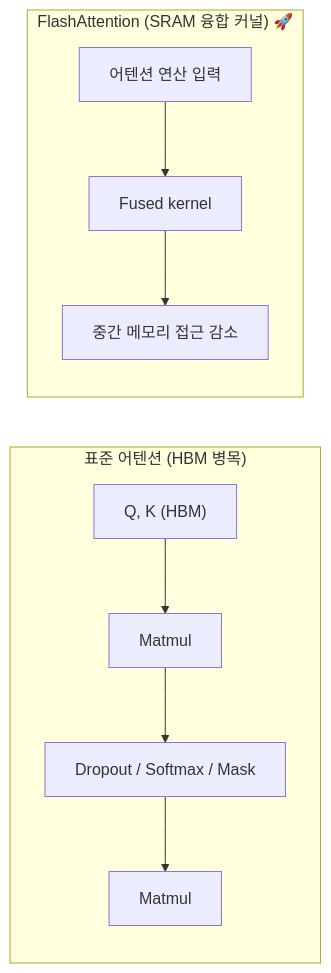
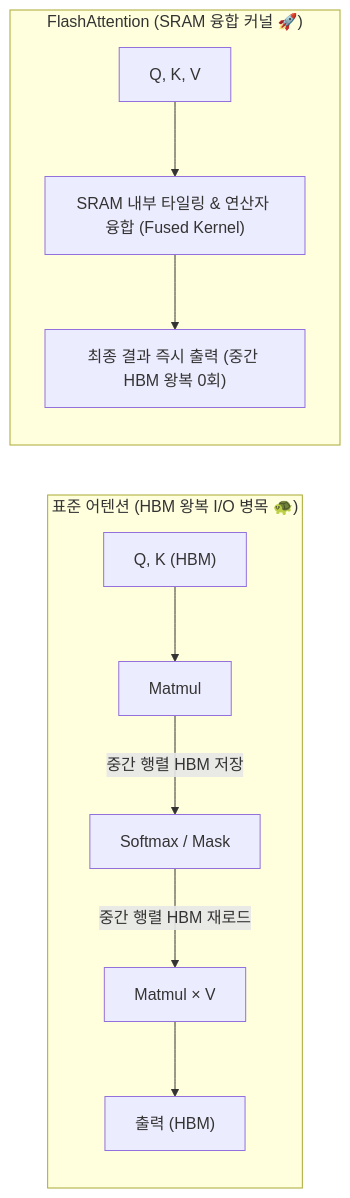
One commit to sing-u8/AI-Engineering changed the third of 4 diagrams in chapter-qa/ch09-inference-optimization-qa/02-kv-cache-flashattention-and-batching.md. Above: the diagram before and after it, drawn with Mermaid. The commit also changed other lines of this file and 15 other files, not shown here.

````diff
--- a/chapter-qa/ch09-inference-optimization-qa/02-kv-cache-flashattention-and-batching.md
+++ b/chapter-qa/ch09-inference-optimization-qa/02-kv-cache-flashattention-and-batching.md
@@ -109,12 +256,14 @@
 ```mermaid
 flowchart LR
-    subgraph Standard["표준 어텐션 (HBM 병목)"]
-        Q1["Q, K (HBM)"] --> S1["Matmul"]
-        S1 --> P1["Dropout / Softmax / Mask"]
-        P1 --> O1["Matmul"]
+    subgraph Standard["표준 어텐션 (HBM 왕복 I/O 병목 🐢)"]
+        Q1["Q, K (HBM)"] --> M1["Matmul"]
+        M1 -->|중간 행렬 HBM 저장| S1["Softmax / Mask"]
+        S1 -->|중간 행렬 HBM 재로드| M2["Matmul × V"]
+        M2 --> Out1["출력 (HBM)"]
     end
-    subgraph Flash["FlashAttention (SRAM 융합 커널) 🚀"]
-        Block["어텐션 연산 입력"] --> SRAM["Fused kernel"]
-        SRAM --> Out["중간 메모리 접근 감소"]
+
+    subgraph Flash["FlashAttention (SRAM 융합 커널 🚀)"]
+        In2["Q, K, V"] --> SRAM["SRAM 내부 타일링 & 연산자 융합 (Fused Kernel)"]
+        SRAM --> Out2["최종 결과 즉시 출력 (중간 HBM 왕복 0회)"]
     end
 ```
````
